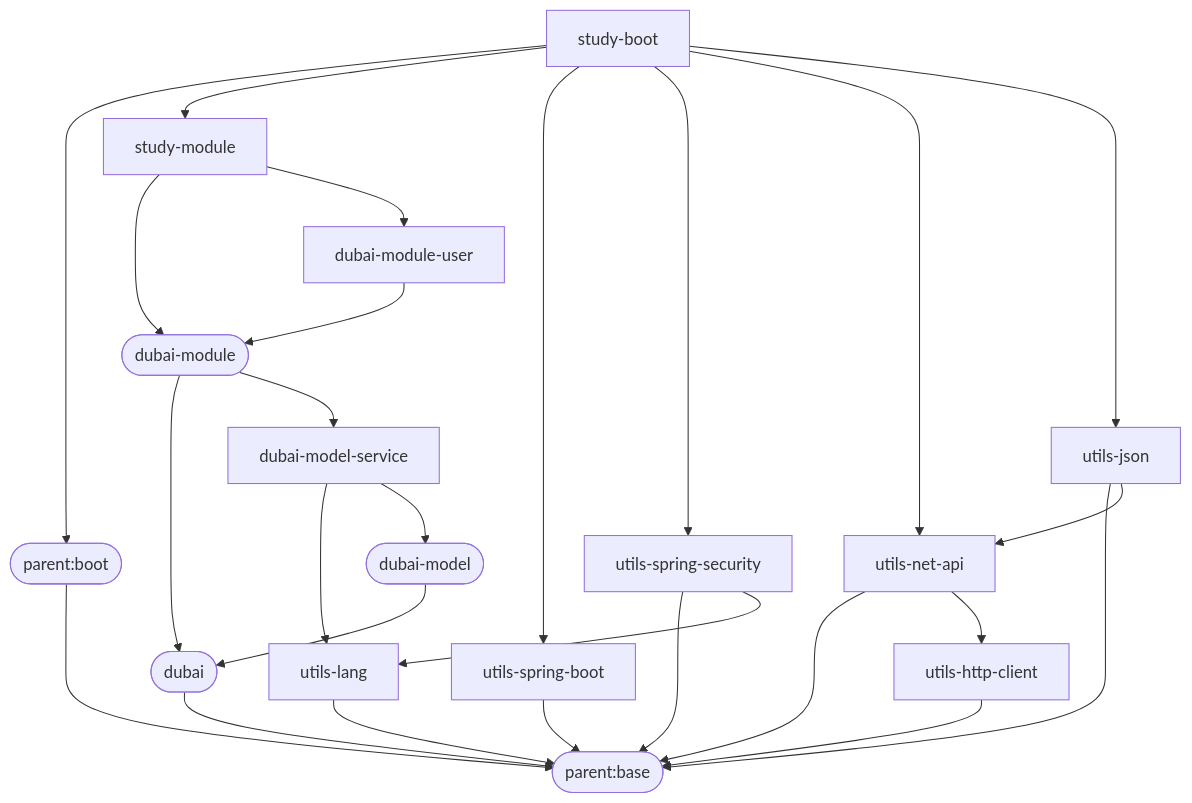
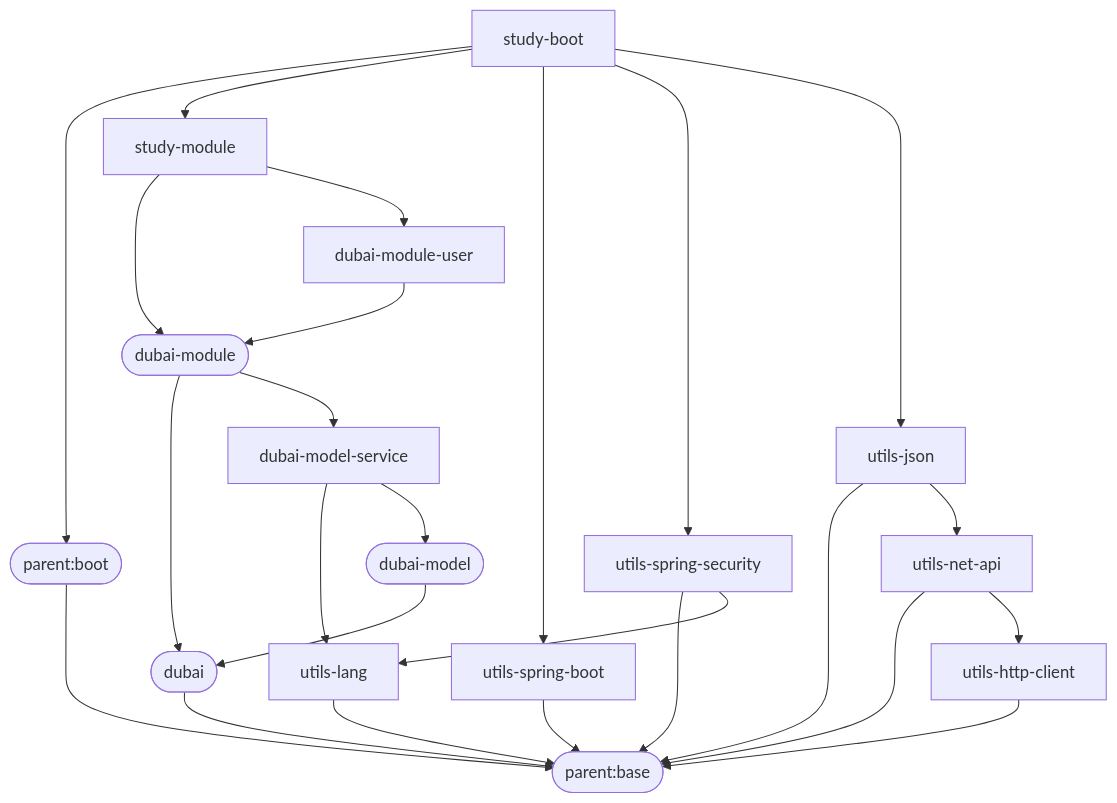
Before and after one commit to dbstarll/dbstarll.github.io: the diagram in README.md, drawn with Mermaid.

Commit message:
增加utils-json

````diff
--- a/README.md
+++ b/README.md
@@ -17,39 +17,38 @@
 ```mermaid
 graph TD;
     parent.base([parent:base]);
     parent.boot([parent:boot])--->parent.base;
 
     utils-lang-->parent.base;
 
     utils-spring-boot-->parent.base;
 
     utils-spring-security-->parent.base;
     utils-spring-security-->utils-lang;
 
     utils-http-client-->parent.base;
 
     utils-net-api-->parent.base;
     utils-net-api-->utils-http-client;
 
     utils-json-->parent.base;
     utils-json-->utils-net-api;
 
     dubai([dubai])-->parent.base;
     dubai-model([dubai-model])-->dubai;
     dubai-model-service-->utils-lang;
     dubai-model-service-->dubai-model;
     dubai-module([dubai-module])-->dubai;
     dubai-module-->dubai-model-service;
     
     dubai-module-user-->dubai-module;
 
     study-module-->dubai-module;
     study-module-->dubai-module-user;
 
     study-boot-->parent.boot;
     study-boot-->study-module;
     study-boot-->utils-spring-boot;
     study-boot-->utils-spring-security;
-    study-boot-->utils-net-api;
     study-boot-->utils-json;
 ```
````
